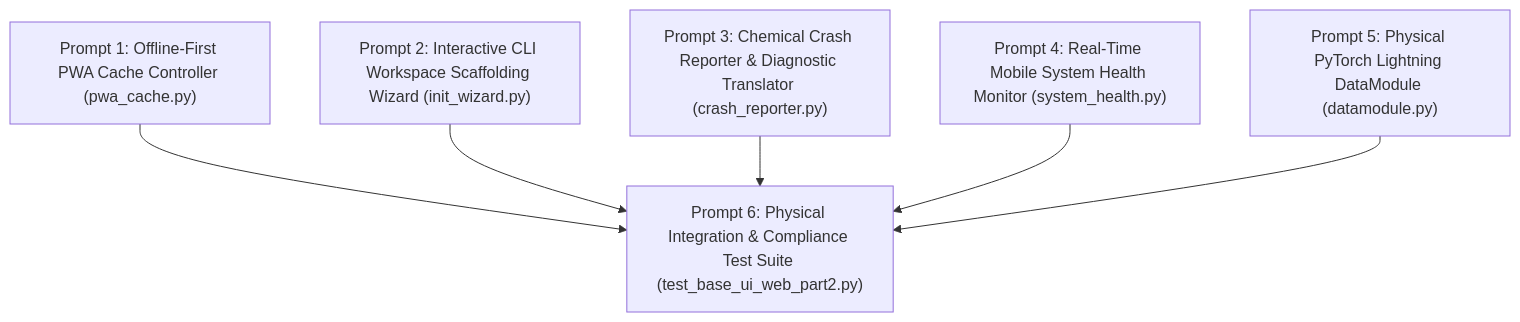
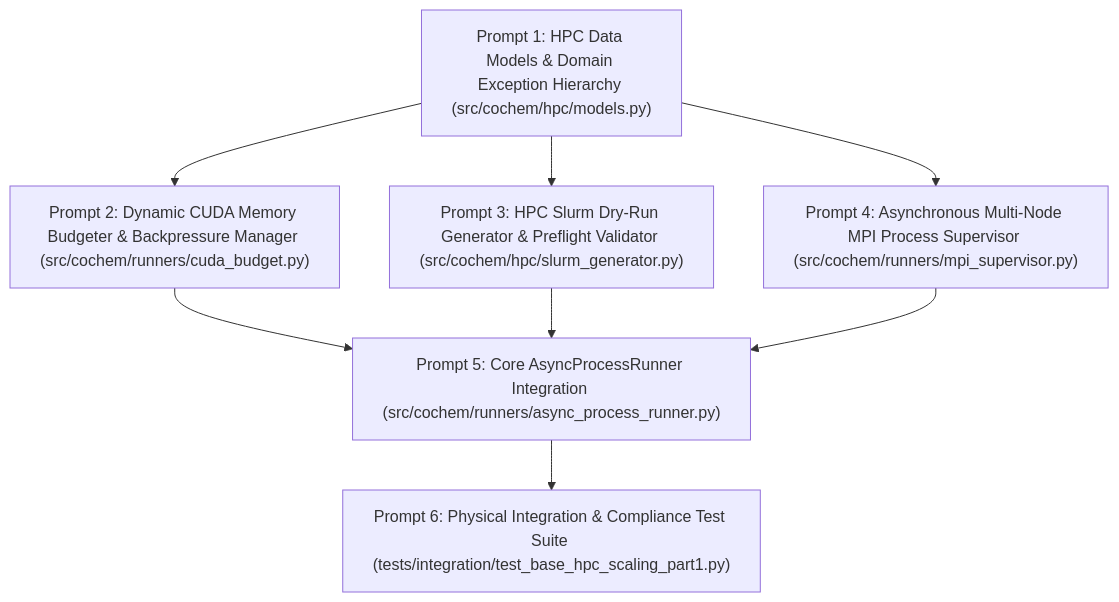
One commit to ProfJJK-CoChem/CoChem-BASE changed the second of 3 diagrams in cochem_audit_payload.md. Above: the diagram before and after it, drawn with Mermaid. The commit also changed other lines of this file and 19 other files, not shown here.

Commit message:
Automated completion of Perfected_SRS_Chunk_03_BASE_HPC_and_Scaling_Part_1_prompts.md

````diff
--- a/cochem_audit_payload.md
+++ b/cochem_audit_payload.md
@@ -157,8 +160,10 @@
 ```mermaid
 graph TD
-    P1["Prompt 1: Offline-First PWA Cache Controller (pwa_cache.py)"] --> P6["Prompt 6: Physical Integration & Compliance Test Suite (test_base_ui_web_part2.py)"]
-    P2["Prompt 2: Interactive CLI Workspace Scaffolding Wizard (init_wizard.py)"] --> P6
-    P3["Prompt 3: Chemical Crash Reporter & Diagnostic Translator (crash_reporter.py)"] --> P6
-    P4["Prompt 4: Real-Time Mobile System Health Monitor (system_health.py)"] --> P6
-    P5["Prompt 5: Physical PyTorch Lightning DataModule (datamodule.py)"] --> P6
+    P1["Prompt 1: HPC Data Models & Domain Exception Hierarchy (src/cochem/hpc/models.py)"] --> P2["Prompt 2: Dynamic CUDA Memory Budgeter & Backpressure Manager (src/cochem/runners/cuda_budget.py)"]
+    P1 --> P3["Prompt 3: HPC Slurm Dry-Run Generator & Preflight Validator (src/cochem/hpc/slurm_generator.py)"]
+    P1 --> P4["Prompt 4: Asynchronous Multi-Node MPI Process Supervisor (src/cochem/runners/mpi_supervisor.py)"]
+    P2 --> P5["Prompt 5: Core AsyncProcessRunner Integration (src/cochem/runners/async_process_runner.py)"]
+    P3 --> P5
+    P4 --> P5
+    P5 --> P6["Prompt 6: Physical Integration & Compliance Test Suite (tests/integration/test_base_hpc_scaling_part1.py)"]
 ```
````
